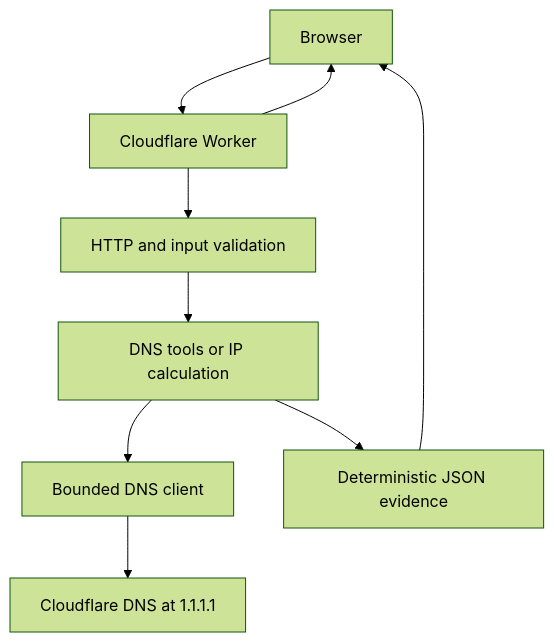
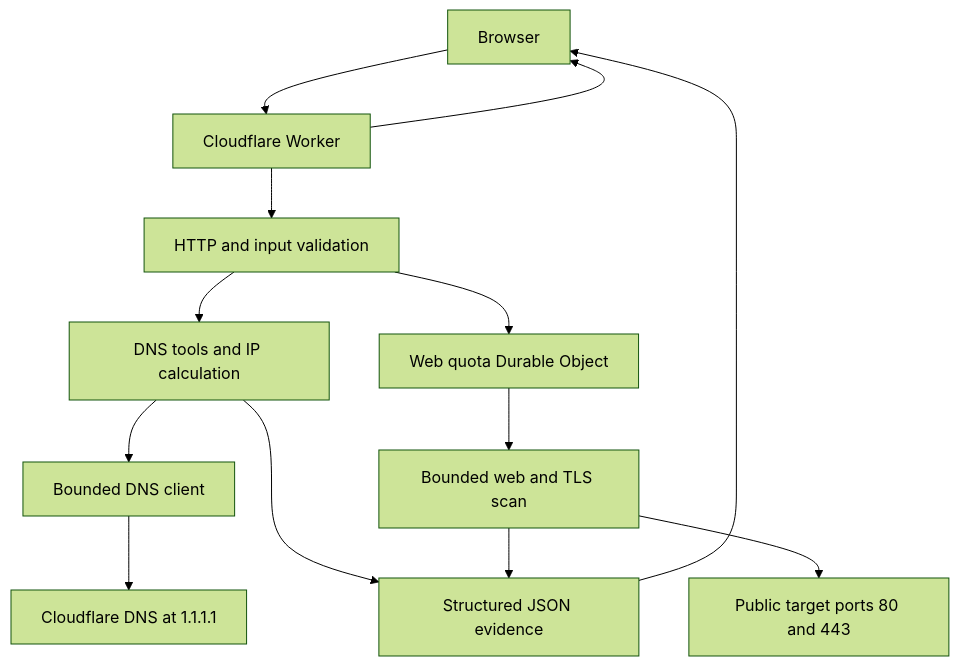
One commit to TheDudesRepo/dmarc changed the diagram in docs/ARCHITECTURE.md. Above: the diagram before and after it, drawn with Mermaid (forest theme). The commit also changed other lines of this file and 22 other files, not shown here.

Commit message:
Add bounded TLS and web security scanner

````diff
--- a/docs/ARCHITECTURE.md
+++ b/docs/ARCHITECTURE.md
@@ -10,11 +10,15 @@
 ```mermaid
 flowchart TD
     U[Browser] --> W[Cloudflare Worker]
     W --> V[HTTP and input validation]
-    V --> E[DNS tools or IP calculation]
+    V --> E[DNS tools and IP calculation]
+    V --> Q[Web quota Durable Object]
+    Q --> S[Bounded web and TLS scan]
     E --> D[Bounded DNS client]
     D --> R[Cloudflare DNS at 1.1.1.1]
-    E --> J[Deterministic JSON evidence]
+    S --> T[Public target ports 80 and 443]
+    E --> J[Structured JSON evidence]
+    S --> J
     J --> U
     W --> U
 ```
````
